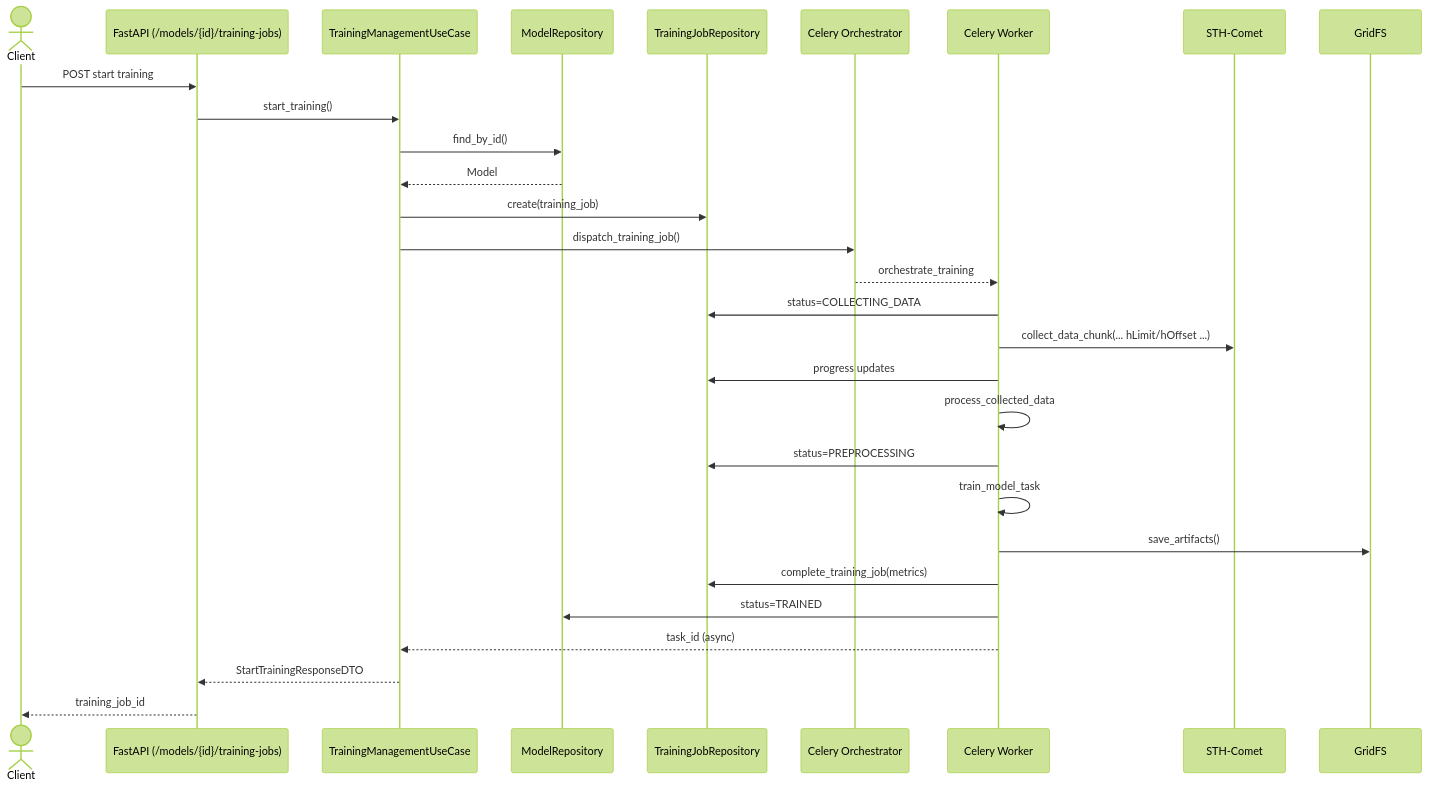
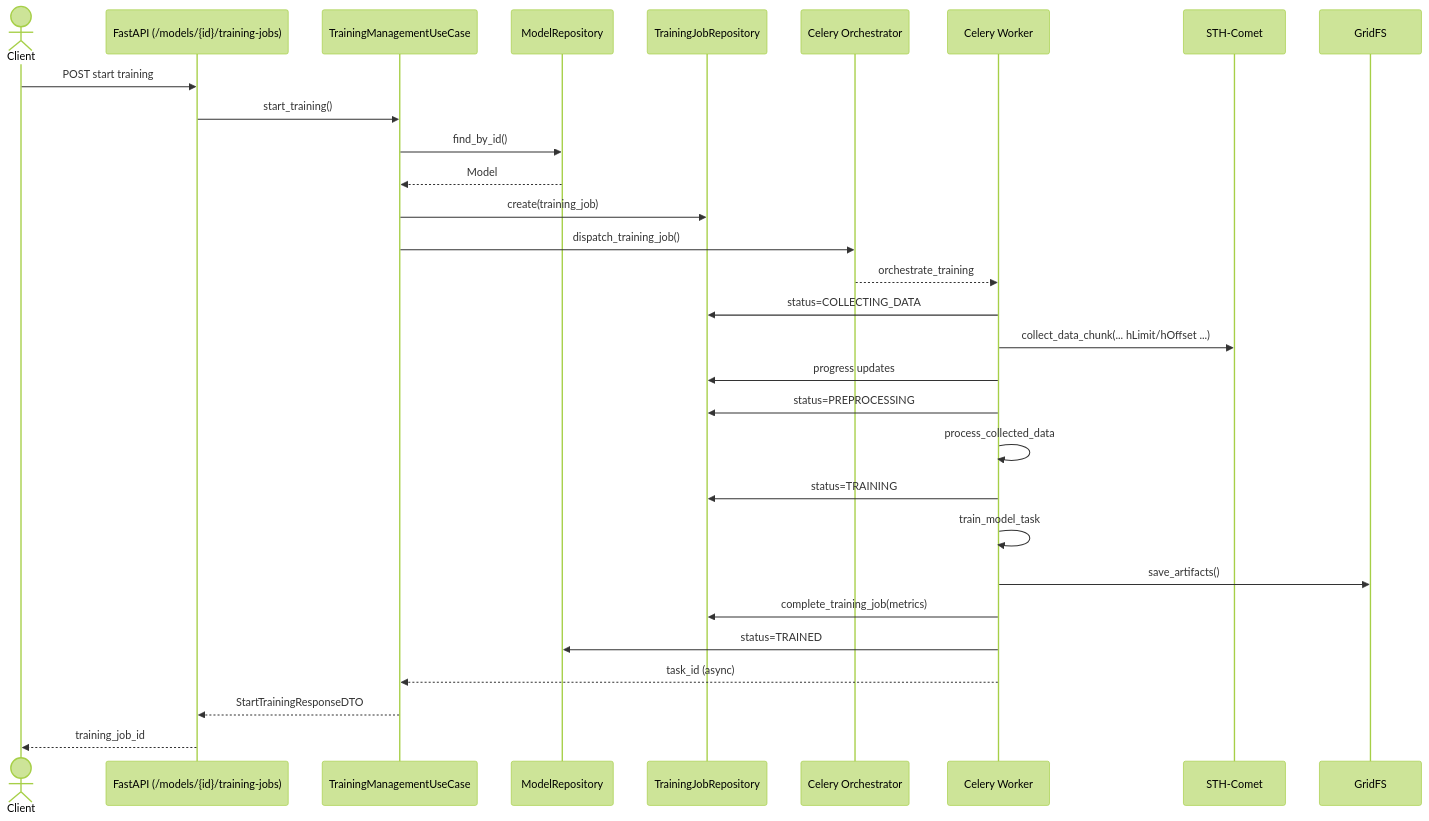
The first of 3 diagrams in docs/architecture/sequence-diagrams.md (tcc-chronos/fiware-chronos), drawn with Mermaid (forest theme) before and after one commit.

Commit message:
docs: fix sequence diagram steps

````diff
--- a/docs/architecture/sequence-diagrams.md
+++ b/docs/architecture/sequence-diagrams.md
@@ -7,32 +7,33 @@
 ```mermaid
 sequenceDiagram
   actor Client
   participant API as FastAPI (/models/{id}/training-jobs)
   participant UCase as TrainingManagementUseCase
   participant Models as ModelRepository
   participant Jobs as TrainingJobRepository
   participant Orchestrator as Celery Orchestrator
   participant Worker as Celery Worker
   participant STH as STH-Comet
   participant GridFS as GridFS
 
   Client->>API: POST start training
   API->>UCase: start_training()
   UCase->>Models: find_by_id()
   Models-->>UCase: Model
   UCase->>Jobs: create(training_job)
   UCase->>Orchestrator: dispatch_training_job()
   Orchestrator-->>Worker: orchestrate_training
   Worker->>Jobs: status=COLLECTING_DATA
   Worker->>STH: collect_data_chunk(... hLimit/hOffset ...)
   Worker->>Jobs: progress updates
+  Worker->>Jobs: status=PREPROCESSING
   Worker->>Worker: process_collected_data
-  Worker->>Jobs: status=PREPROCESSING
+  Worker->>Jobs: status=TRAINING
   Worker->>Worker: train_model_task
   Worker->>GridFS: save_artifacts()
   Worker->>Jobs: complete_training_job(metrics)
   Worker->>Models: status=TRAINED
   Worker-->>UCase: task_id (async)
   UCase-->>API: StartTrainingResponseDTO
   API-->>Client: training_job_id
 ```
````
